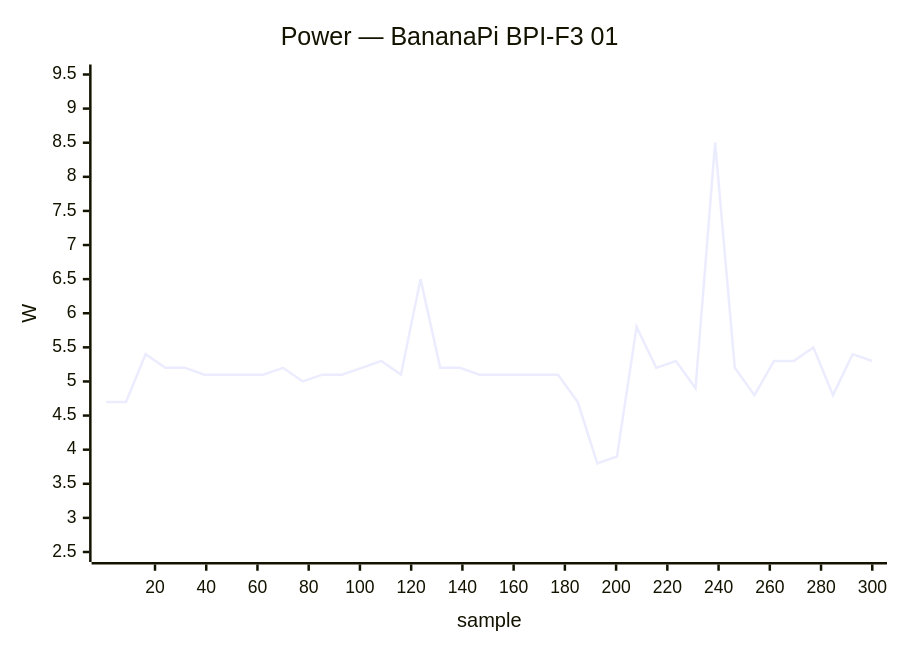
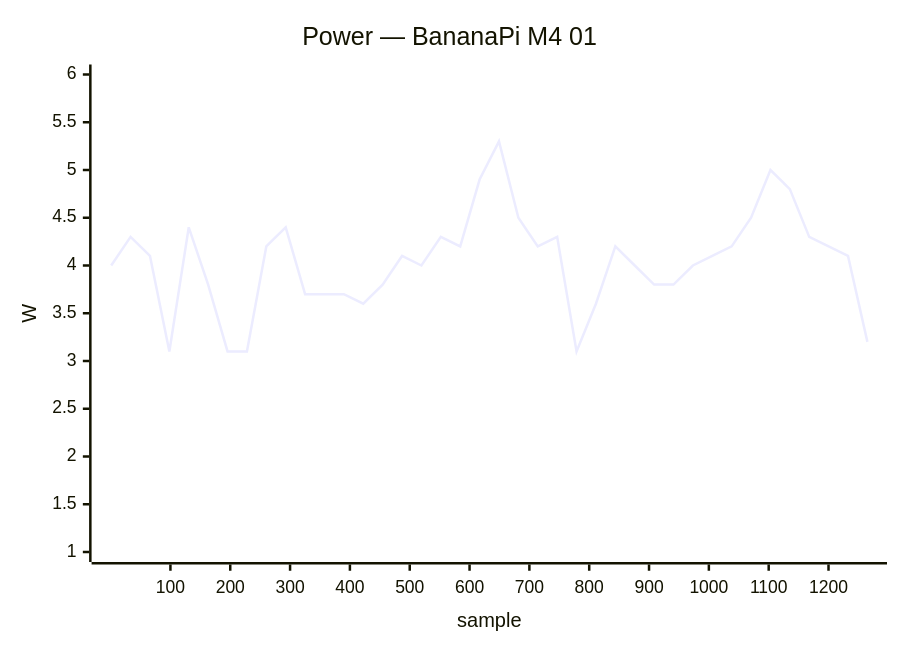
One commit to armbian/documentation changed diagram 15 of 50 in docs/status/board-tests.md. Above: the diagram before and after it, drawn with Mermaid. The commit also changed other lines of this file, not shown here.

````diff
--- a/docs/status/board-tests.md
+++ b/docs/status/board-tests.md
@@ -531,7 +745,7 @@
 ```mermaid
 xychart-beta
-    title "Power — BananaPi BPI-F3 01"
-    x-axis "sample" 1 --> 300
-    y-axis "W" 2.5 --> 9.5
-    line [4.7, 4.7, 5.4, 5.2, 5.2, 5.1, 5.1, 5.1, 5.1, 5.2, 5.0, 5.1, 5.1, 5.2, 5.3, 5.1, 6.5, 5.2, 5.2, 5.1, 5.1, 5.1, 5.1, 5.1, 4.7, 3.8, 3.9, 5.8, 5.2, 5.3, 4.9, 8.5, 5.2, 4.8, 5.3, 5.3, 5.5, 4.8, 5.4, 5.3]
+    title "Power — BananaPi M4 01"
+    x-axis "sample" 1 --> 1265
+    y-axis "W" 1.0 --> 6.0
+    line [4.0, 4.3, 4.1, 3.1, 4.4, 3.8, 3.1, 3.1, 4.2, 4.4, 3.7, 3.7, 3.7, 3.6, 3.8, 4.1, 4.0, 4.3, 4.2, 4.9, 5.3, 4.5, 4.2, 4.3, 3.1, 3.6, 4.2, 4.0, 3.8, 3.8, 4.0, 4.1, 4.2, 4.5, 5.0, 4.8, 4.3, 4.2, 4.1, 3.2]
 ```
````
